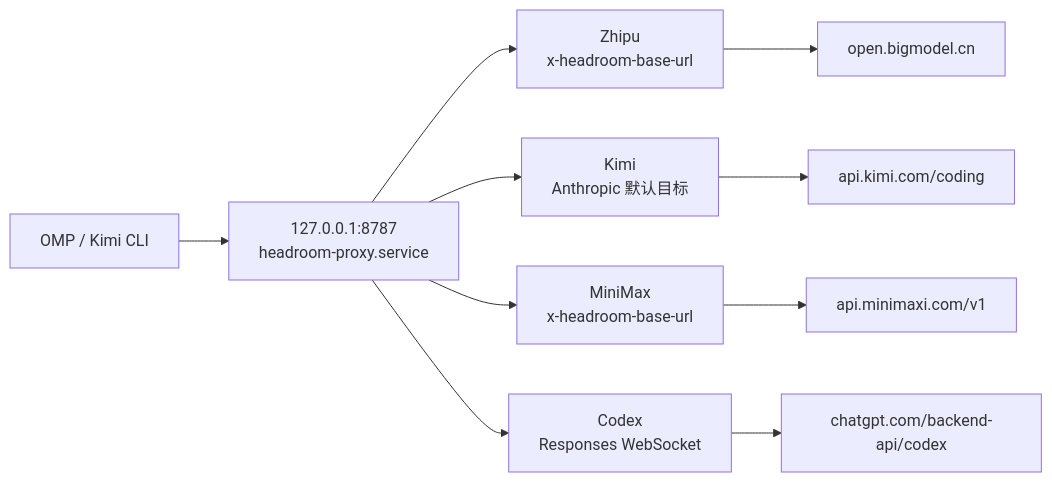
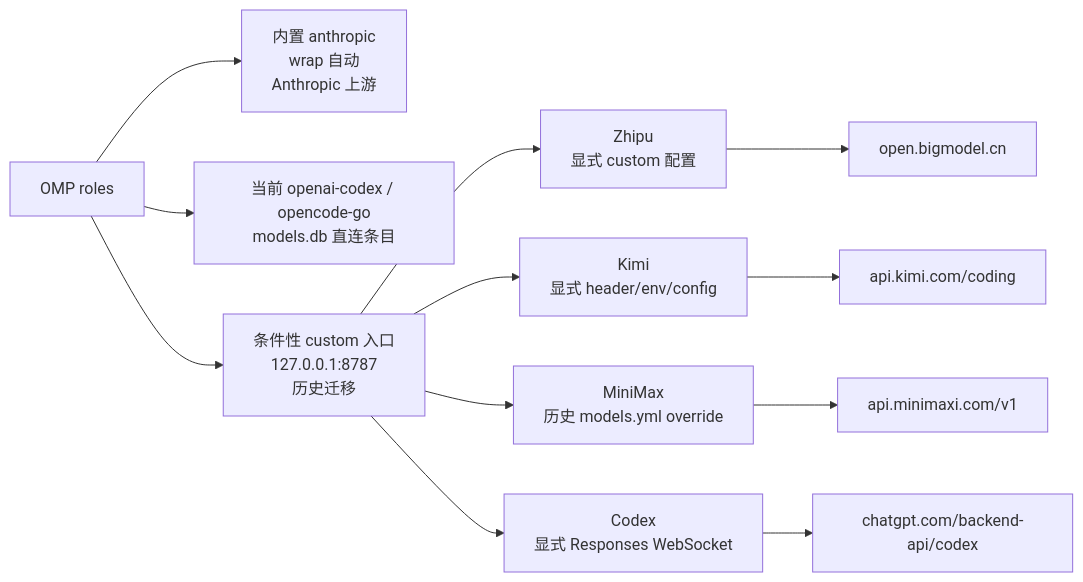
The second of 6 diagrams in src/content/note/zh-cn/omp-config-and-rules-guide.md (DavidHLP/DavidHLP.github.io), drawn with Mermaid before and after one commit. The commit also changed other lines of this file and 8 other files, not shown here.

First line of the commit message:
docs(note): reframe headroom/omp guides around official wrap-only path

````diff
--- a/src/content/note/zh-cn/omp-config-and-rules-guide.md
+++ b/src/content/note/zh-cn/omp-config-and-rules-guide.md
@@ -256,12 +272,14 @@
 ```mermaid
 flowchart LR
-  A["OMP / Kimi CLI"] --> H["127.0.0.1:8787<br/>headroom-proxy.service"]
-  H --> Z["Zhipu<br/>x-headroom-base-url"]
-  H --> K["Kimi<br/>Anthropic 默认目标"]
-  H --> M["MiniMax<br/>x-headroom-base-url"]
-  H --> C["Codex<br/>Responses WebSocket"]
+  A["OMP roles"] --> AN["内置 anthropic<br/>wrap 自动<br/>Anthropic 上游"]
+  A --> D["当前 openai-codex / opencode-go<br/>models.db 直连条目"]
+  A --> H["条件性 custom 入口<br/>127.0.0.1:8787<br/>历史迁移"]
+  H --> Z["Zhipu<br/>显式 custom 配置"]
+  H --> K["Kimi<br/>显式 header/env/config"]
+  H --> M["MiniMax<br/>历史 models.yml override"]
+  H --> C["Codex<br/>显式 Responses WebSocket"]
   Z --> ZU["open.bigmodel.cn"]
   K --> KU["api.kimi.com/coding"]
   M --> MU["api.minimaxi.com/v1"]
   C --> CU["chatgpt.com/backend-api/codex"]
 ```
````
